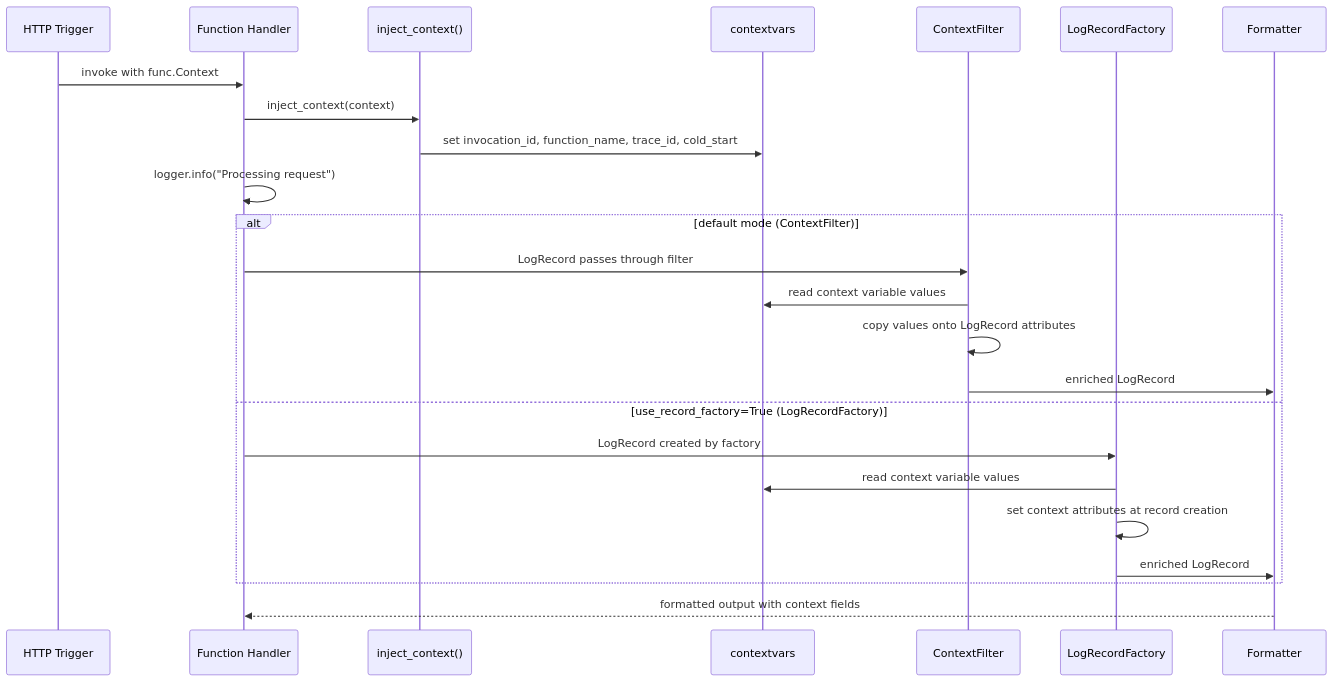
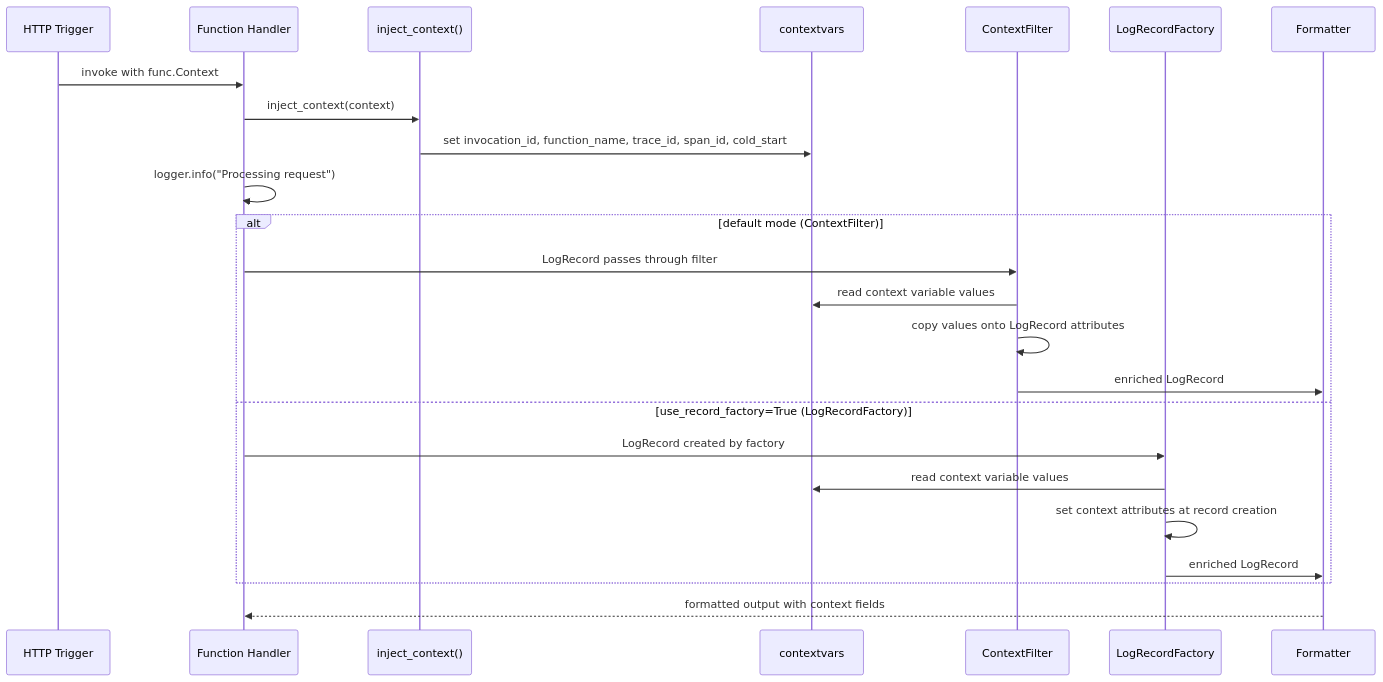
One commit to yeongseon/azure-functions-logging-python changed the second of 3 diagrams in docs/architecture.md. Above: the diagram before and after it, drawn with Mermaid. The commit also changed other lines of this file and 6 other files, not shown here.

````diff
--- a/docs/architecture.md
+++ b/docs/architecture.md
@@ -160,27 +167,27 @@
 ```mermaid
 sequenceDiagram
     participant Trigger as HTTP Trigger
     participant Handler as Function Handler
     participant CTX as inject_context()
     participant Vars as contextvars
     participant CF as ContextFilter
     participant LRF as LogRecordFactory
     participant Fmt as Formatter
 
     Trigger->>Handler: invoke with func.Context
     Handler->>CTX: inject_context(context)
-    CTX->>Vars: set invocation_id, function_name, trace_id, cold_start
+    CTX->>Vars: set invocation_id, function_name, trace_id, span_id, cold_start
     Handler->>Handler: logger.info("Processing request")
     alt default mode (ContextFilter)
         Handler->>CF: LogRecord passes through filter
         CF->>Vars: read context variable values
         CF->>CF: copy values onto LogRecord attributes
         CF->>Fmt: enriched LogRecord
     else use_record_factory=True (LogRecordFactory)
         Handler->>LRF: LogRecord created by factory
         LRF->>Vars: read context variable values
         LRF->>LRF: set context attributes at record creation
         LRF->>Fmt: enriched LogRecord
     end
     Fmt-->>Handler: formatted output with context fields
 ```
````
